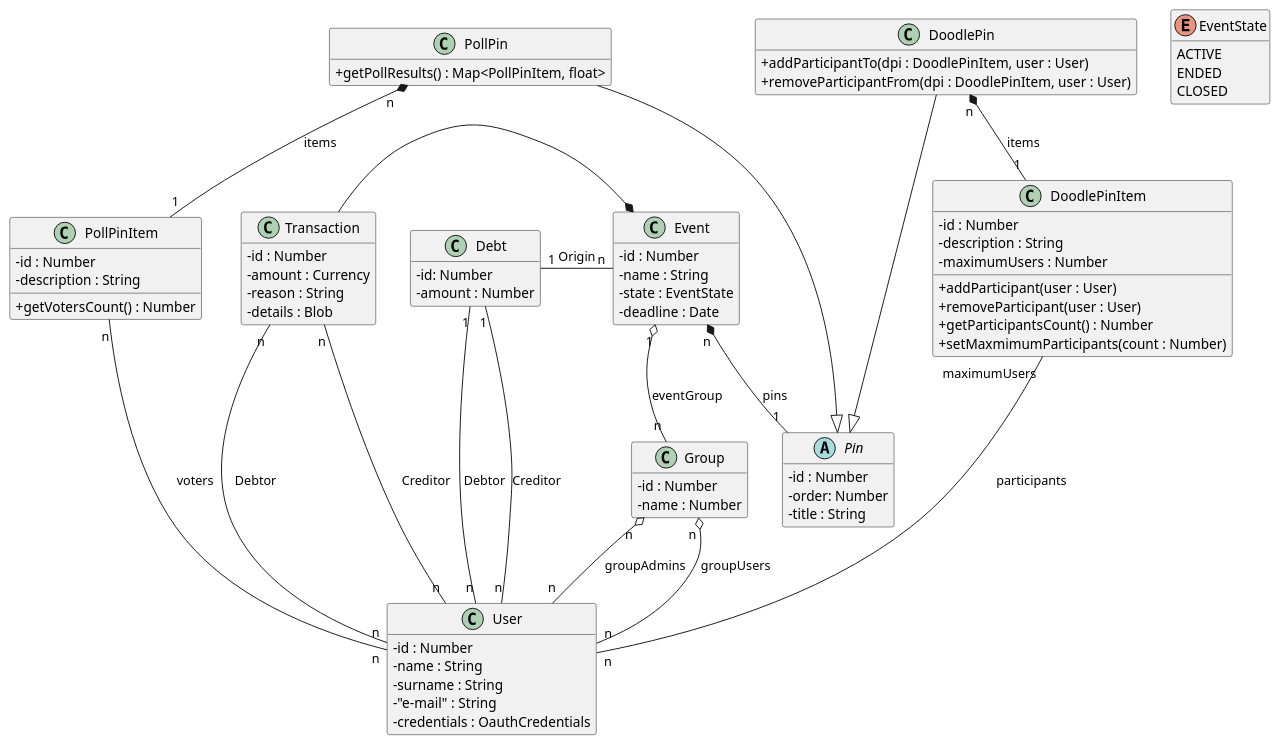
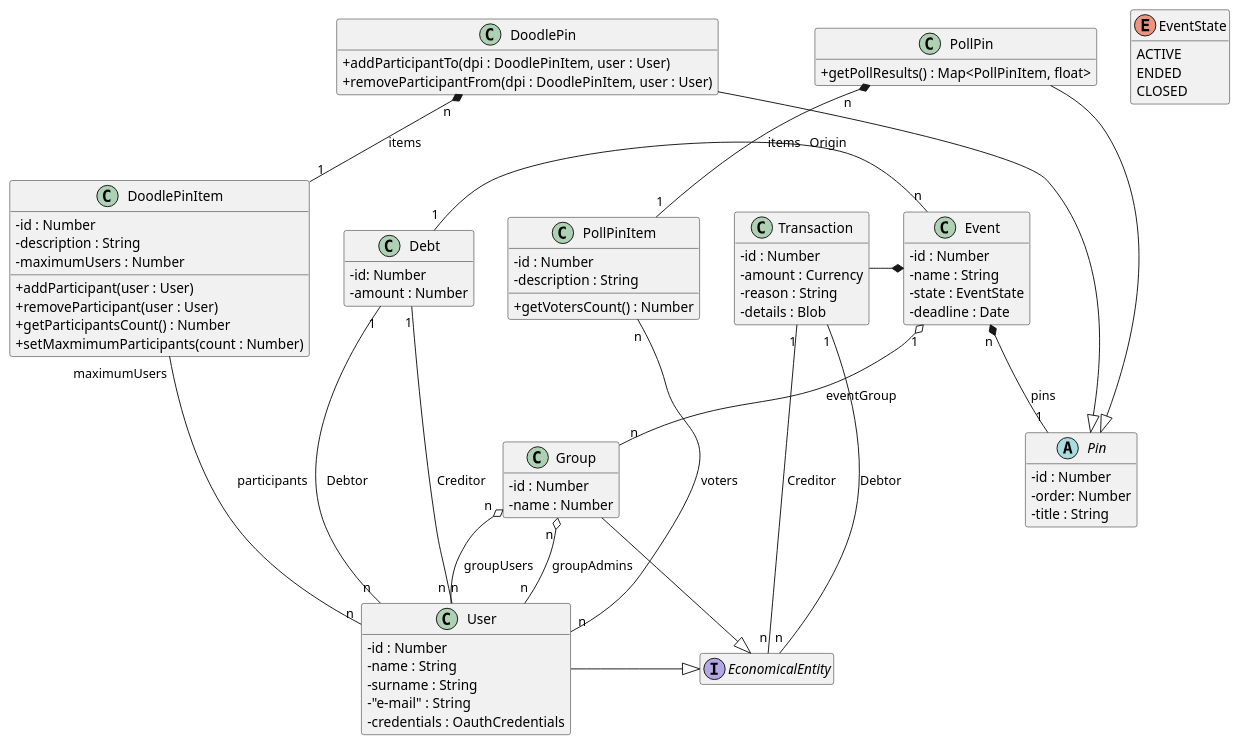
Before and after one commit to FrancescoCiraolo/progetto-taass: the diagram in class_diagram.puml, drawn with PlantUML. The commit also changed 6 other files, not shown here.

```diff
--- a/class_diagram.puml
+++ b/class_diagram.puml
@@ -1,103 +1,109 @@
 @startuml Class Diagram
 
 hide empty members
 skinparam classAttributeIconSize 0
+
+interface EconomicalEntity {}
 
 class User {
     -id : Number
     -name : String
     -surname : String
     -"e-mail" : String
     -credentials : OauthCredentials
 }
 
+User -|> EconomicalEntity
+
 class Group {
     -id : Number
     -name : Number
 }
+
+Group -|> EconomicalEntity
 
 Group "n " o-- "n " User : " groupAdmins"
 Group "n " o-- "n " User : " groupUsers"
 
 class Event {
     -id : Number
     -name : String
     -state : EventState
     -deadline : Date
 }
 
 Event " 1" o-- " n" Group : "eventGroup"
 
 Event "n" *-- "1" Pin : "pins"
 
 abstract Pin {
     -id : Number
     -order: Number
     -title : String
     ' Possibilità di aggiungere una "discussione" per il singolo pin
 }
 
 class PollPin {
     + getPollResults() : Map<PollPinItem, float>
 }
 
 PollPin -|> Pin
 PollPin "n" *-- "1" PollPinItem : items
 
 class PollPinItem {
     - id : Number
     - description : String
     + getVotersCount() : Number
 }
 
 PollPinItem "n" --- "n" User : voters
 
 class DoodlePin {
     +addParticipantTo(dpi : DoodlePinItem, user : User)
     +removeParticipantFrom(dpi : DoodlePinItem, user : User)
 }
 
 DoodlePin -|> Pin
 DoodlePin "n" *-- "1" DoodlePinItem : items
 
 class DoodlePinItem {
     - id : Number
     - description : String
     - maximumUsers : Number
     +addParticipant(user : User)
     +removeParticipant(user : User)
     + getParticipantsCount() : Number
     + setMaxmimumParticipants(count : Number)
 }
 
 DoodlePinItem "maximumUsers" --- "n" User : participants
 
 class Transaction {
     - id : Number
     - amount : Currency
     ' causale
     - reason : String
     - details : Blob
     ' confirmation
 }
 
 Transaction -right-* Event
-Transaction "n" --- "n" User : Debtor
-Transaction "n" --- "n" User : Creditor
+Transaction "1" --- "n" EconomicalEntity : Debtor
+Transaction "1" --- "n" EconomicalEntity : Creditor
 
 class Debt {
     - id: Number
     - amount : Number
 }
 
 Debt "1" --right- "n" Event : Origin
 Debt "1" --- "n" User : Debtor
 Debt "1" --- "n" User : Creditor
 
 enum EventState {
     ACTIVE
     ENDED
     CLOSED
 }
 
 @enduml
```
